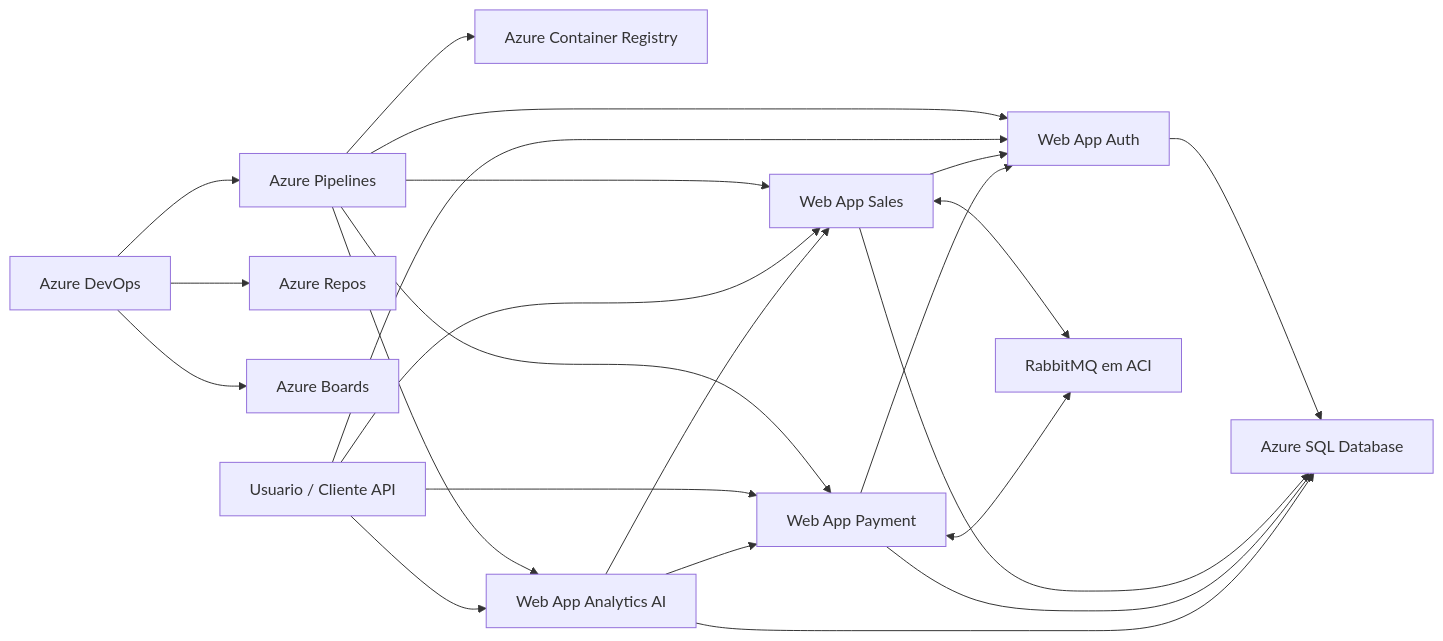
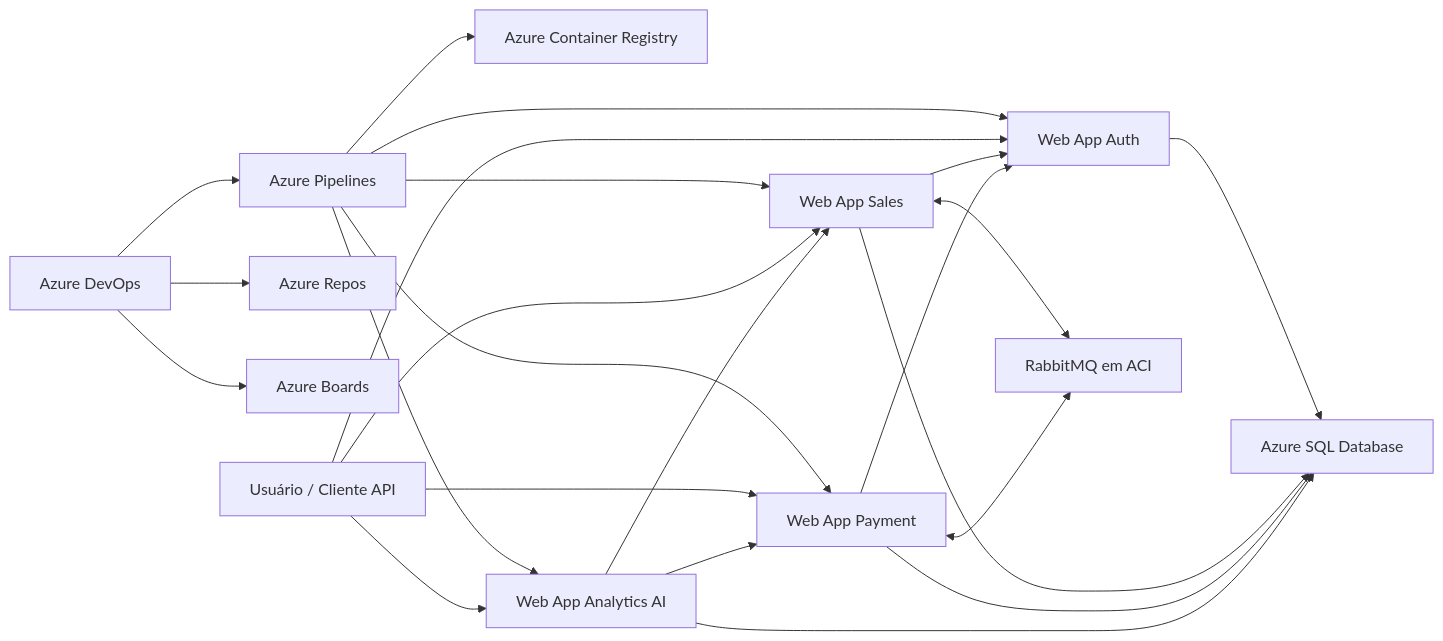
Before and after one commit to challengeoracle/global-java: the diagram in README.md, drawn with Mermaid. The commit also changed other lines of this file and 1 other file, not shown here.

````diff
--- a/README.md
+++ b/README.md
@@ -41,41 +41,41 @@
 ```mermaid
 flowchart LR
-    U[Usuario / Cliente API]
+    U[Usuário / Cliente API]
     ADO[Azure DevOps]
     AR[Azure Repos]
     AB[Azure Boards]
     AP[Azure Pipelines]
     ACR[Azure Container Registry]
     WA1[Web App Auth]
     WA2[Web App Sales]
     WA3[Web App Payment]
     WA4[Web App Analytics AI]
     RMQ[RabbitMQ em ACI]
     SQL[Azure SQL Database]
 
     ADO --> AR
     ADO --> AB
     ADO --> AP
     AP --> ACR
     AP --> WA1
     AP --> WA2
     AP --> WA3
     AP --> WA4
 
     U --> WA1
     U --> WA2
     U --> WA3
     U --> WA4
 
     WA1 --> SQL
     WA2 --> SQL
     WA3 --> SQL
     WA4 --> SQL
 
     WA2 <--> RMQ
     WA3 <--> RMQ
     WA2 --> WA1
     WA3 --> WA1
     WA4 --> WA2
     WA4 --> WA3
 ```
````
